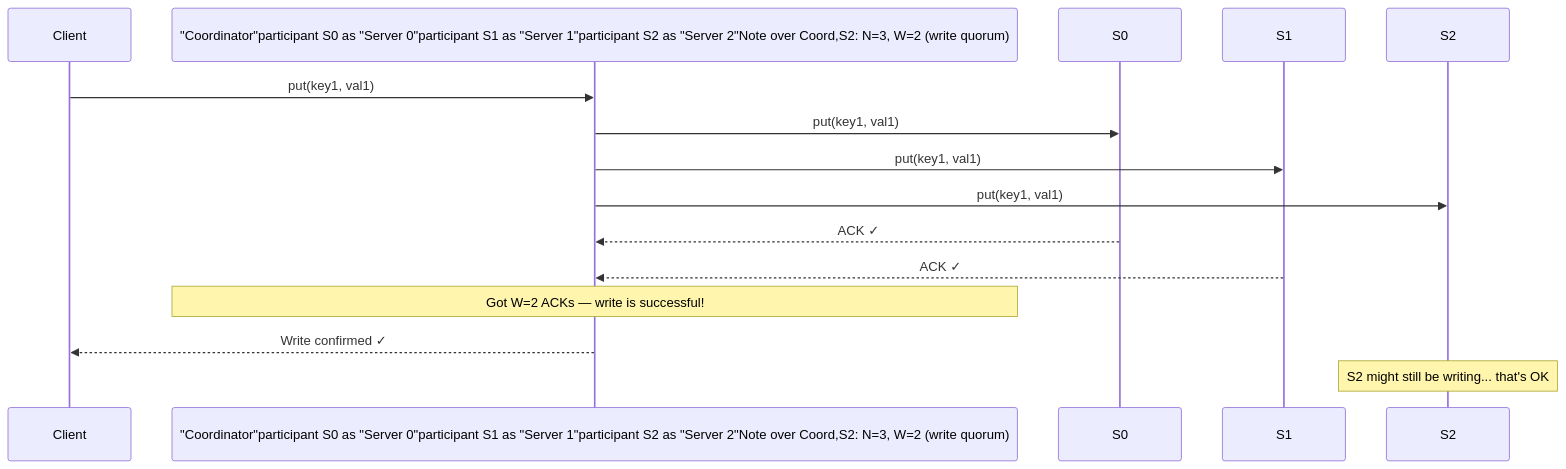
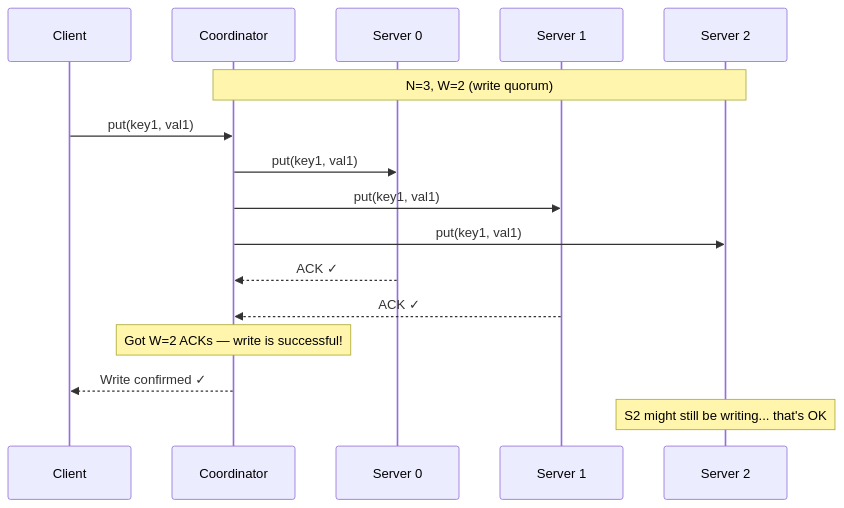
The sixth of 22 diagrams in content/posts/2026/design-a-key-value-store.md (devops-monk/system-design-blog), drawn with Mermaid before and after one commit. The commit also changed other lines of this file and 4 other files, not shown here.

First line of the commit message:
fix(diagrams): repair mermaid blocks broken by the emoji strip

````diff
--- a/content/posts/2026/design-a-key-value-store.md
+++ b/content/posts/2026/design-a-key-value-store.md
@@ -230,14 +234,18 @@
 ```mermaid
 sequenceDiagram
     participant Client
-    participant Coord as "Coordinator"participant S0 as "Server 0"participant S1 as "Server 1"participant S2 as "Server 2"Note over Coord,S2: N=3, W=2 (write quorum)
+    participant Coord as Coordinator
+    participant S0 as Server 0
+    participant S1 as Server 1
+    participant S2 as Server 2
+    Note over Coord,S2: N=3, W=2 (write quorum)
     Client->>Coord: put(key1, val1)
     Coord->>S0: put(key1, val1)
     Coord->>S1: put(key1, val1)
     Coord->>S2: put(key1, val1)
     S0-->>Coord: ACK ✓
     S1-->>Coord: ACK ✓
     Note over Coord: Got W=2 ACKs — write is successful!
     Coord-->>Client: Write confirmed ✓
     Note over S2: S2 might still be writing... that's OK
 ```
````
